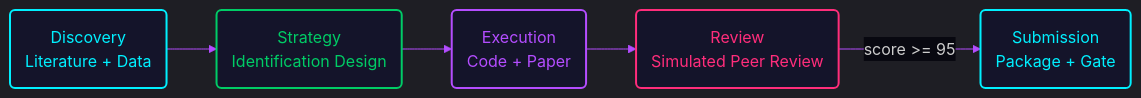
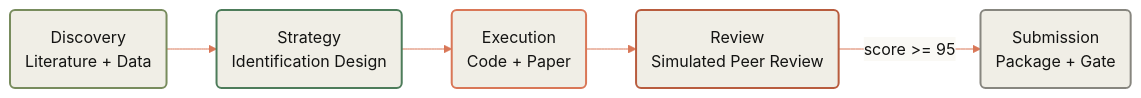
Before and after one commit to patrickjcrawford/cc-research-assistant: the diagram in guide/user-guide.qmd, drawn with Mermaid. The commit also changed other lines of this file and 26 other files, not shown here.

````diff
--- a/guide/user-guide.qmd
+++ b/guide/user-guide.qmd
@@ -23,14 +10,14 @@
 ```{mermaid}
-%%{init: {'theme': 'dark', 'themeVariables': {'primaryColor': '#14142a', 'primaryTextColor': '#d0d0e0', 'primaryBorderColor': '#b44dff', 'lineColor': '#b44dff', 'secondaryColor': '#0c0c18', 'tertiaryColor': '#080810', 'edgeLabelBackground': '#080810'}}}%%
+%%{init: {'theme': 'base', 'themeVariables': {'primaryColor': '#f0eee6', 'primaryTextColor': '#141413', 'primaryBorderColor': '#d1cfc5', 'lineColor': '#d97757', 'secondaryColor': '#faf9f5', 'tertiaryColor': '#e6e3da', 'edgeLabelBackground': '#faf9f5', 'clusterBkg': '#f0eee6', 'clusterBorder': '#d1cfc5'}}}%%
 flowchart LR
     D(Discovery<br/>Literature + Data):::phase1 --> S(Strategy<br/>Identification Design):::phase2
     S --> E(Execution<br/>Code + Paper):::phase3
     E --> R(Review<br/>Simulated Peer Review):::phase4
     R -->|score >= 95| SUB(Submission<br/>Package + Gate):::phase5
 
-    classDef phase1 fill:#14142a,stroke:#00f0ff,color:#00f0ff,stroke-width:2px
-    classDef phase2 fill:#14142a,stroke:#00cc66,color:#00cc66,stroke-width:2px
-    classDef phase3 fill:#14142a,stroke:#b44dff,color:#b44dff,stroke-width:2px
-    classDef phase4 fill:#14142a,stroke:#ff2d7b,color:#ff2d7b,stroke-width:2px
-    classDef phase5 fill:#14142a,stroke:#00f0ff,color:#00f0ff,stroke-width:2px
+    classDef phase1 fill:#f0eee6,stroke:#788c5d,color:#141413,stroke-width:2px
+    classDef phase2 fill:#f0eee6,stroke:#4d7c5a,color:#141413,stroke-width:2px
+    classDef phase3 fill:#f0eee6,stroke:#d97757,color:#141413,stroke-width:2px
+    classDef phase4 fill:#f0eee6,stroke:#b85c3e,color:#141413,stroke-width:2px
+    classDef phase5 fill:#f0eee6,stroke:#87867f,color:#141413,stroke-width:2px
 ```
````
